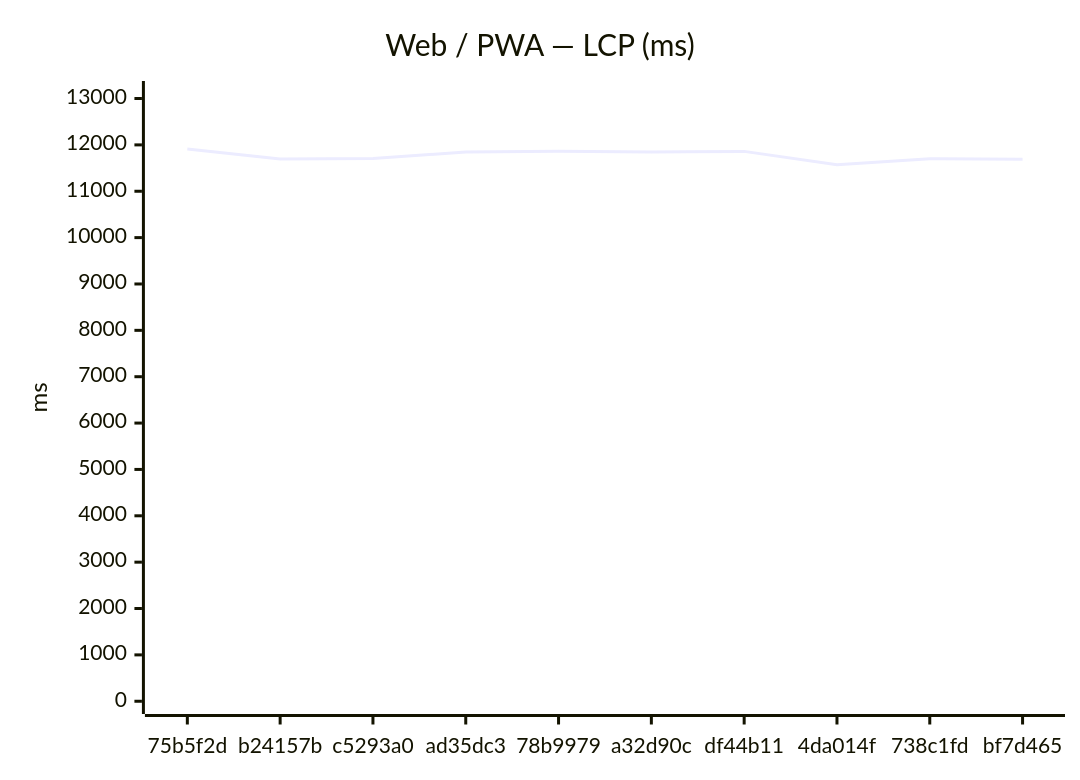
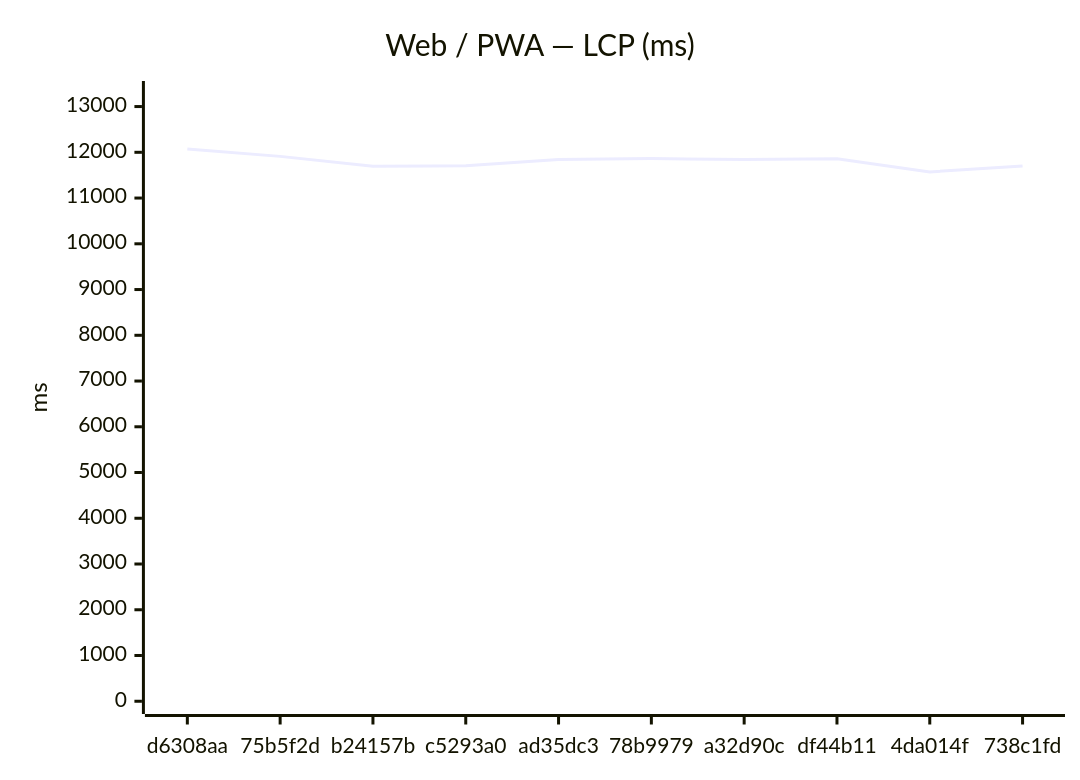
Before and after one commit to Metaheurist/Rianell: the first of 24 diagrams in benchmarks/compare.md, drawn with Mermaid. The commit also changed other lines of this file and 14 other files, not shown here.

````diff
--- a/benchmarks/compare.md
+++ b/benchmarks/compare.md
@@ -24,7 +24,7 @@
 ```mermaid
 xychart-beta
     title "Web / PWA — LCP (ms)"
-    x-axis ["75b5f2d", "b24157b", "c5293a0", "ad35dc3", "78b9979", "a32d90c", "df44b11", "4da014f", "738c1fd", "bf7d465"]
-    y-axis "ms" 0 --> 13103
-    line [11911, 11695, 11707, 11844, 11862, 11845, 11860, 11572, 11701, 11691]
+    x-axis ["d6308aa", "75b5f2d", "b24157b", "c5293a0", "ad35dc3", "78b9979", "a32d90c", "df44b11", "4da014f", "738c1fd"]
+    y-axis "ms" 0 --> 13280
+    line [12072, 11911, 11695, 11707, 11844, 11862, 11845, 11860, 11572, 11701]
 ```
````
